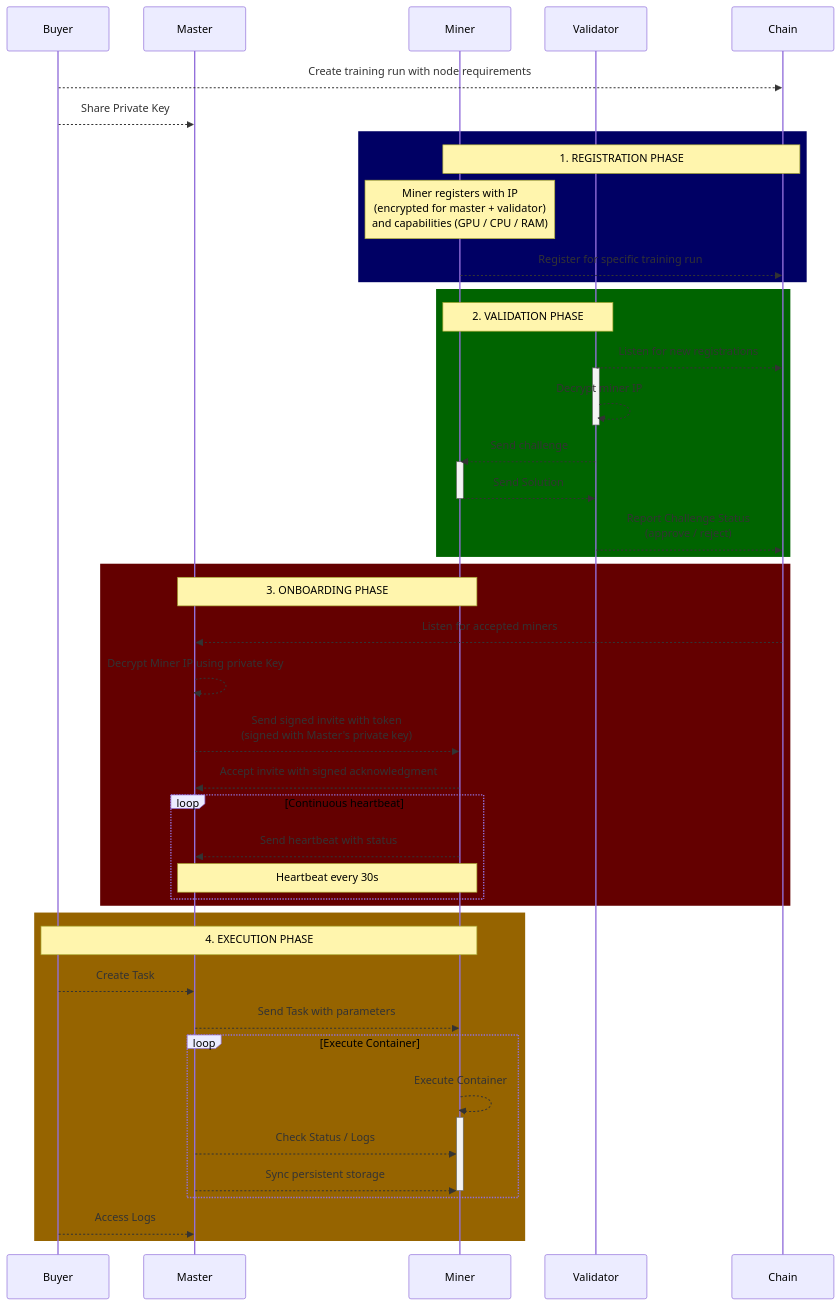
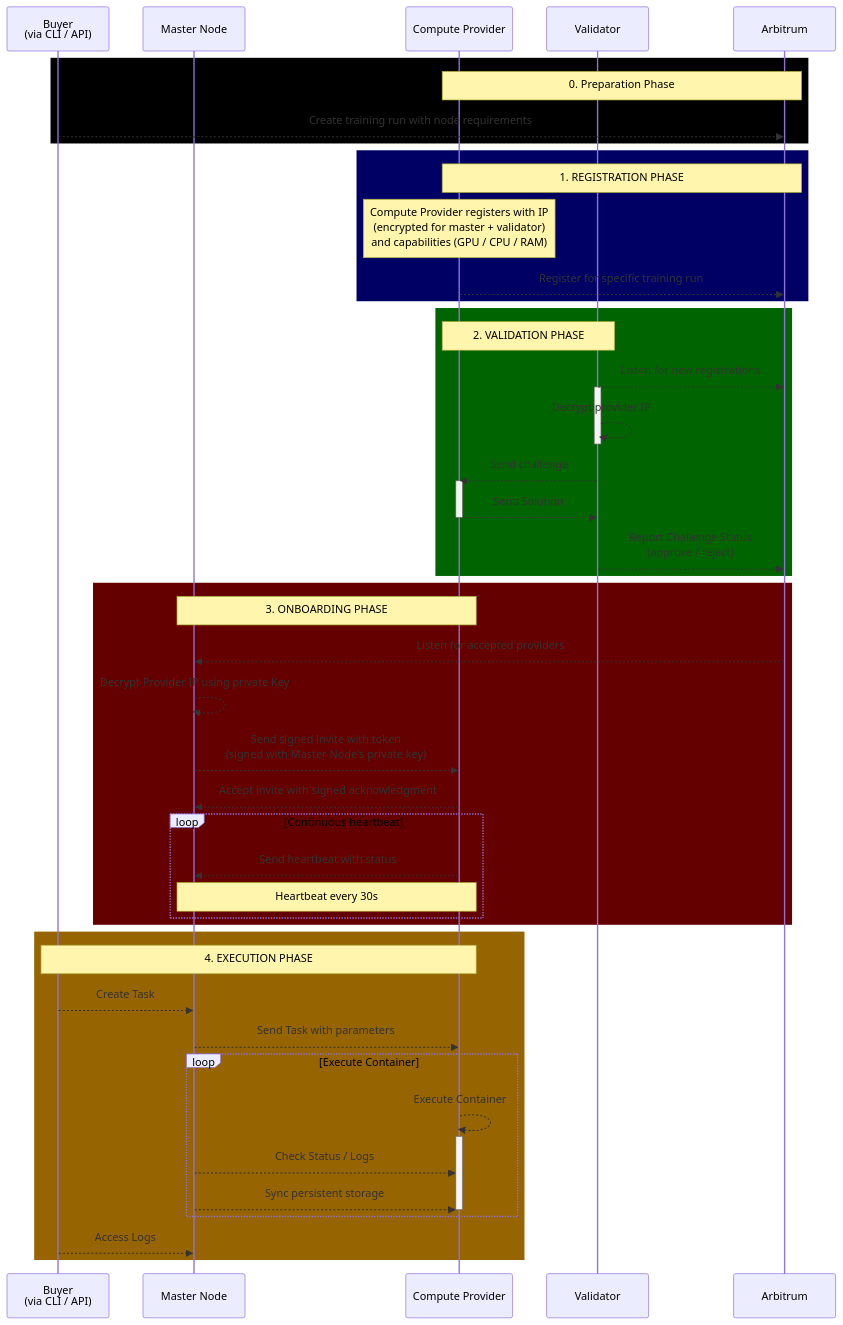
Before and after one commit to PrimeIntellect-ai/protocol: the diagram in README.md, drawn with Mermaid. The commit also changed other lines of this file, not shown here.

Commit message:
Adjust README graph

````diff
--- a/README.md
+++ b/README.md
@@ -21,56 +22,57 @@
 ```mermaid
 sequenceDiagram  
-participant B as Buyer
-participant MA as Master
-participant M as Miner  
+participant B as Buyer <br />(via CLI / API)
+participant MA as Master Node
+participant M as Compute Provider
 participant V as Validator
-participant C as Chain  
+participant A as Arbitrum
 
-B-->>C: Create training run with node requirements
-B-->>MA: Share Private Key 
-
+rect rgb(0, 0, 0)
+  Note over M,A: 0. Preparation Phase 
+B-->>A: Create training run with node requirements
+end
 rect rgb(0, 0, 100)
-    Note over M,C: 1. REGISTRATION PHASE
-    Note over M: Miner registers with IP<br/>(encrypted for master + validator)<br/>and capabilities (GPU / CPU / RAM)
-    M-->>C: Register for specific training run
+   Note over M,A: 1. REGISTRATION PHASE
+   Note over M: Compute Provider registers with IP<br/>(encrypted for master + validator)<br/>and capabilities (GPU / CPU / RAM)
+   M-->>A: Register for specific training run
 end 
 
 rect rgb(0, 100, 0)
-    Note over V,M: 2. VALIDATION PHASE
-    V-->>C: Listen for new registrations
-    activate V 
-    V-->>V: Decrypt miner IP
-    deactivate V
-    V-->>M: Send challenge
-    activate M
-    M-->>V: Send Solution 
-    deactivate M
-    V-->>C: Report Challenge Status<br/>(approve / reject)
+   Note over V,M: 2. VALIDATION PHASE
+   V-->>A: Listen for new registrations
+   activate V 
+   V-->>V: Decrypt provider IP
+   deactivate V
+   V-->>M: Send challenge
+   activate M
+   M-->>V: Send Solution 
+   deactivate M
+   V-->>A: Report Challenge Status<br/>(approve / reject)
 end  
 
 rect rgb(100, 0, 0)
-    Note over MA,M: 3. ONBOARDING PHASE
-    C-->>MA: Listen for accepted miners 
-    MA-->>MA: Decrypt Miner IP using private Key
-    MA-->>M: Send signed invite with token<br/>(signed with Master's private key)
-    M-->>MA: Accept invite with signed acknowledgment
-    loop Continuous heartbeat
-        M-->>MA: Send heartbeat with status
-        Note over M,MA: Heartbeat every 30s
-    end 
+   Note over MA,M: 3. ONBOARDING PHASE
+   A-->>MA: Listen for accepted providers 
+   MA-->>MA: Decrypt Provider IP using private Key
+   MA-->>M: Send signed invite with token<br/>(signed with Master Node's private key)
+   M-->>MA: Accept invite with signed acknowledgment
+   loop Continuous heartbeat
+       M-->>MA: Send heartbeat with status
+       Note over M,MA: Heartbeat every 30s
+   end 
 end  
 
 rect rgb(150, 100, 0)
-    Note over B,M: 4. EXECUTION PHASE
-    B-->>MA: Create Task
-    MA-->>M: Send Task with parameters
-    loop Execute Container
-        M-->>M: Execute Container
-        activate M
-        MA-->>M: Check Status / Logs 
-        MA-->>M: Sync persistent storage 
-        deactivate M
-    end
-    B-->>MA: Access Logs 
+   Note over B,M: 4. EXECUTION PHASE
+   B-->>MA: Create Task
+   MA-->>M: Send Task with parameters
+   loop Execute Container
+       M-->>M: Execute Container
+       activate M
+       MA-->>M: Check Status / Logs 
+       MA-->>M: Sync persistent storage 
+       deactivate M
+   end
+   B-->>MA: Access Logs 
 end
 ```
````
